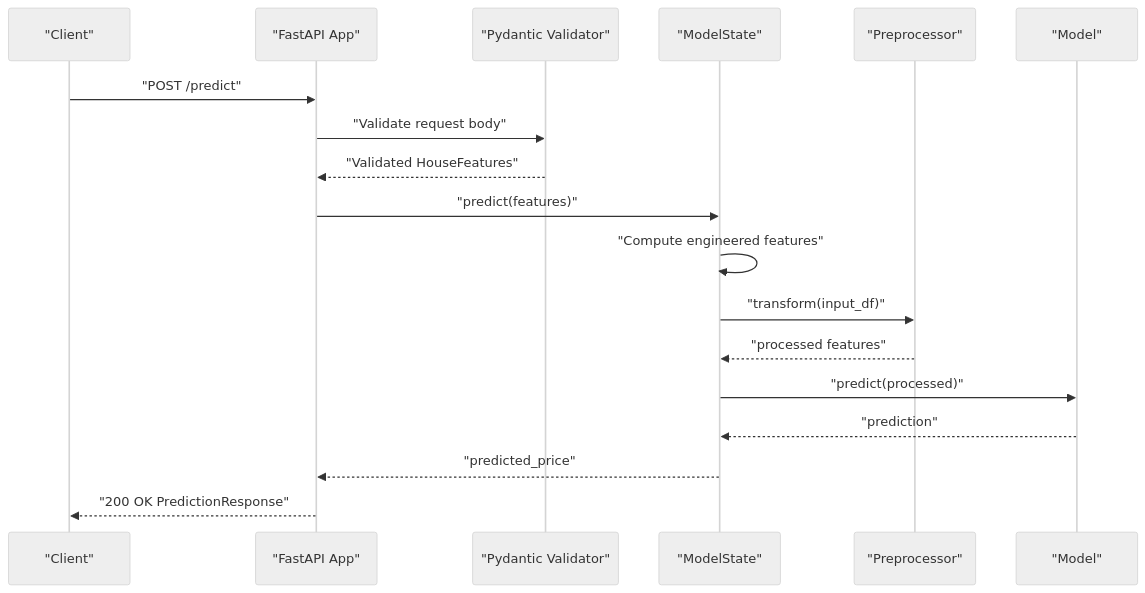
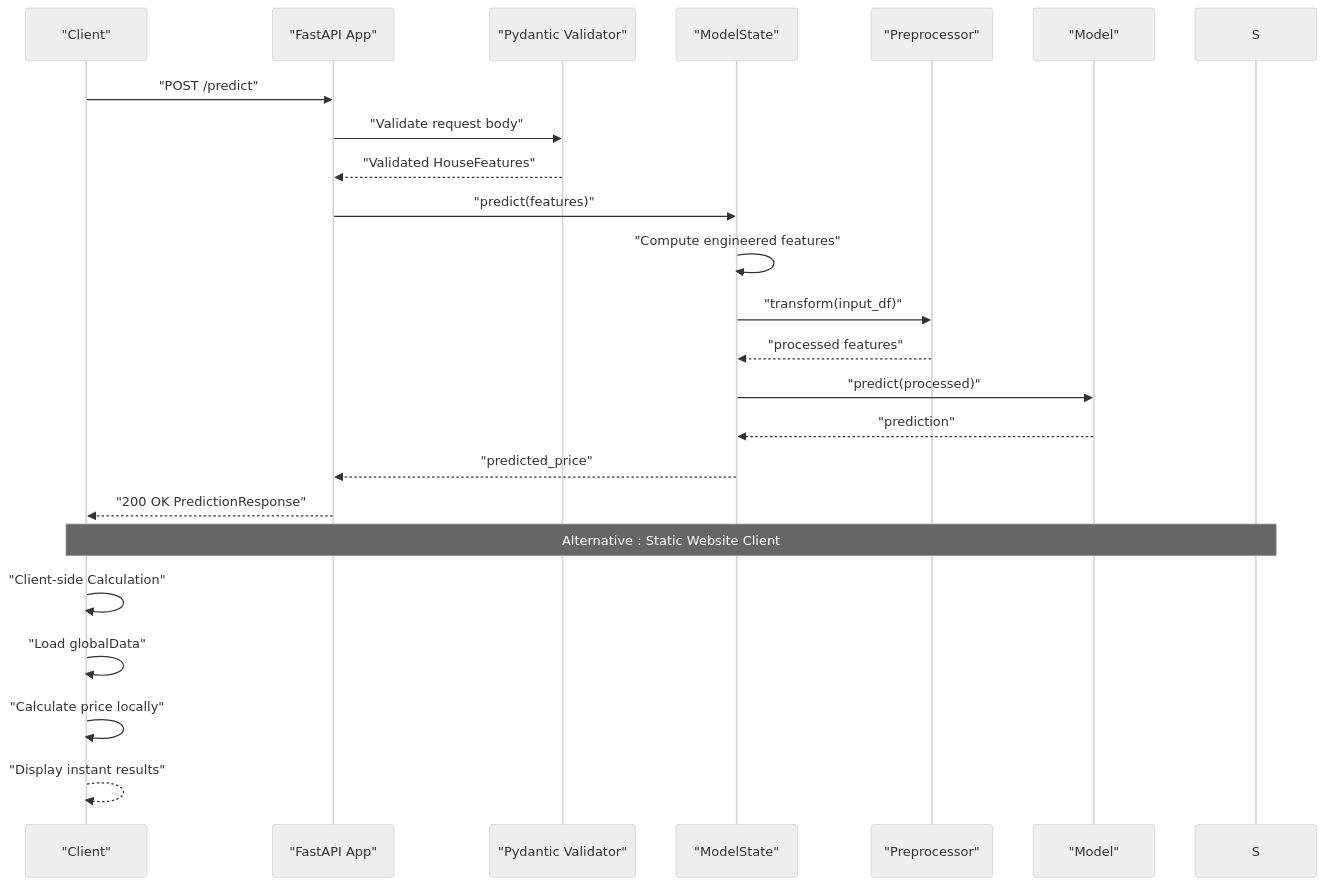
Before and after one commit to tashkirrr/housing-price-prediction: the second of 3 diagrams in .qoder/repowiki/en/content/REST API Service/REST API Service.md, drawn with Mermaid (neutral theme). The commit also changed other lines of this file and 9 other files, not shown here.

First line of the commit message:
refactor(docs): restructure docs for static website deployment

````diff
--- a/.qoder/repowiki/en/content/REST API Service/REST API Service.md
+++ b/.qoder/repowiki/en/content/REST API Service/REST API Service.md
@@ -86,20 +106,25 @@
 ```mermaid
 sequenceDiagram
 participant C as "Client"
 participant F as "FastAPI App"
 participant V as "Pydantic Validator"
 participant G as "ModelState"
 participant P as "Preprocessor"
 participant M as "Model"
 C->>F : "POST /predict"
 F->>V : "Validate request body"
 V-->>F : "Validated HouseFeatures"
 F->>G : "predict(features)"
 G->>G : "Compute engineered features"
 G->>P : "transform(input_df)"
 P-->>G : "processed features"
 G->>M : "predict(processed)"
 M-->>G : "prediction"
 G-->>F : "predicted_price"
 F-->>C : "200 OK PredictionResponse"
+Note over C,S : Alternative : Static Website Client
+C->>C : "Client-side Calculation"
+C->>C : "Load globalData"
+C->>C : "Calculate price locally"
+C-->>C : "Display instant results"
 ```
````
